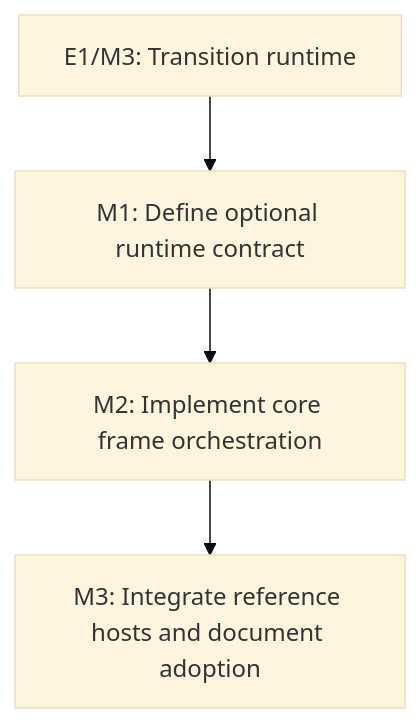
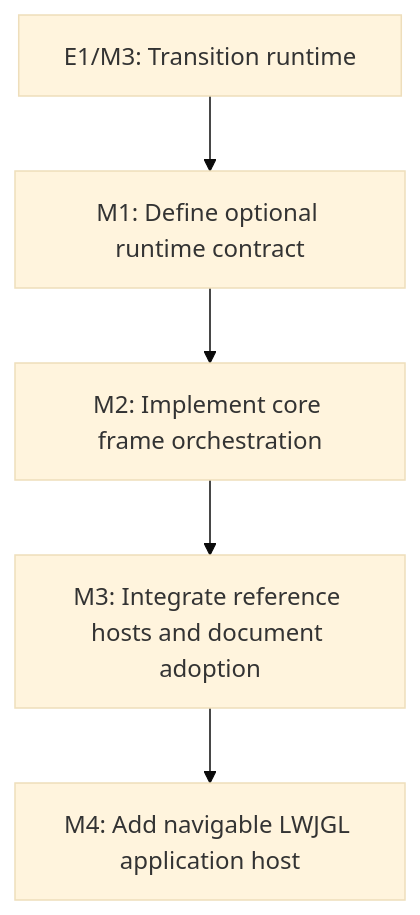
One commit to SpinyOwl/SpinyGUI changed the diagram in docs/work/E2 - Frame runtime integration.md. Above: the diagram before and after it, drawn with Mermaid (base theme). The commit also changed other lines of this file and 5 other files, not shown here.

Commit message:
Plan navigable LWJGL application host integration

````diff
--- a/docs/work/E2 - Frame runtime integration.md
+++ b/docs/work/E2 - Frame runtime integration.md
@@ -103,10 +142,12 @@
 ```mermaid
 flowchart TD
   E1M3["E1/M3: Transition runtime"]
   M1["M1: Define optional runtime contract"]
   M2["M2: Implement core frame orchestration"]
   M3["M3: Integrate reference hosts and document adoption"]
+  M4["M4: Add navigable LWJGL application host"]
   E1M3 --> M1
   M1 --> M2
   M2 --> M3
+  M3 --> M4
 ```
````
